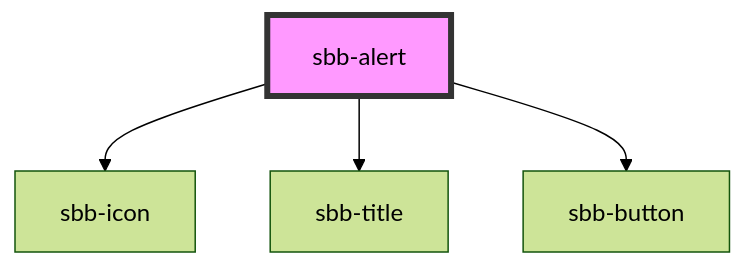
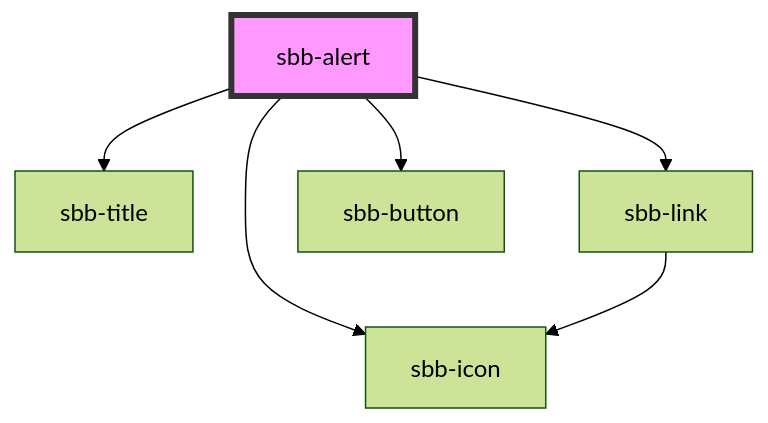
One commit to sbb-design-systems/lyne-components changed the diagram in src/components/sbb-alert/readme.md. Above: the diagram before and after it, drawn with Mermaid (forest theme). The commit also changed other lines of this file and 7 other files, not shown here.

Commit message:
refactor: alert as link element

````diff
--- a/src/components/sbb-alert/readme.md
+++ b/src/components/sbb-alert/readme.md
@@ -109,7 +117,9 @@
 ```mermaid
 graph TD;
   sbb-alert --> sbb-icon
   sbb-alert --> sbb-title
+  sbb-alert --> sbb-link
   sbb-alert --> sbb-button
+  sbb-link --> sbb-icon
   style sbb-alert fill:#f9f,stroke:#333,stroke-width:4px
 ```
````
